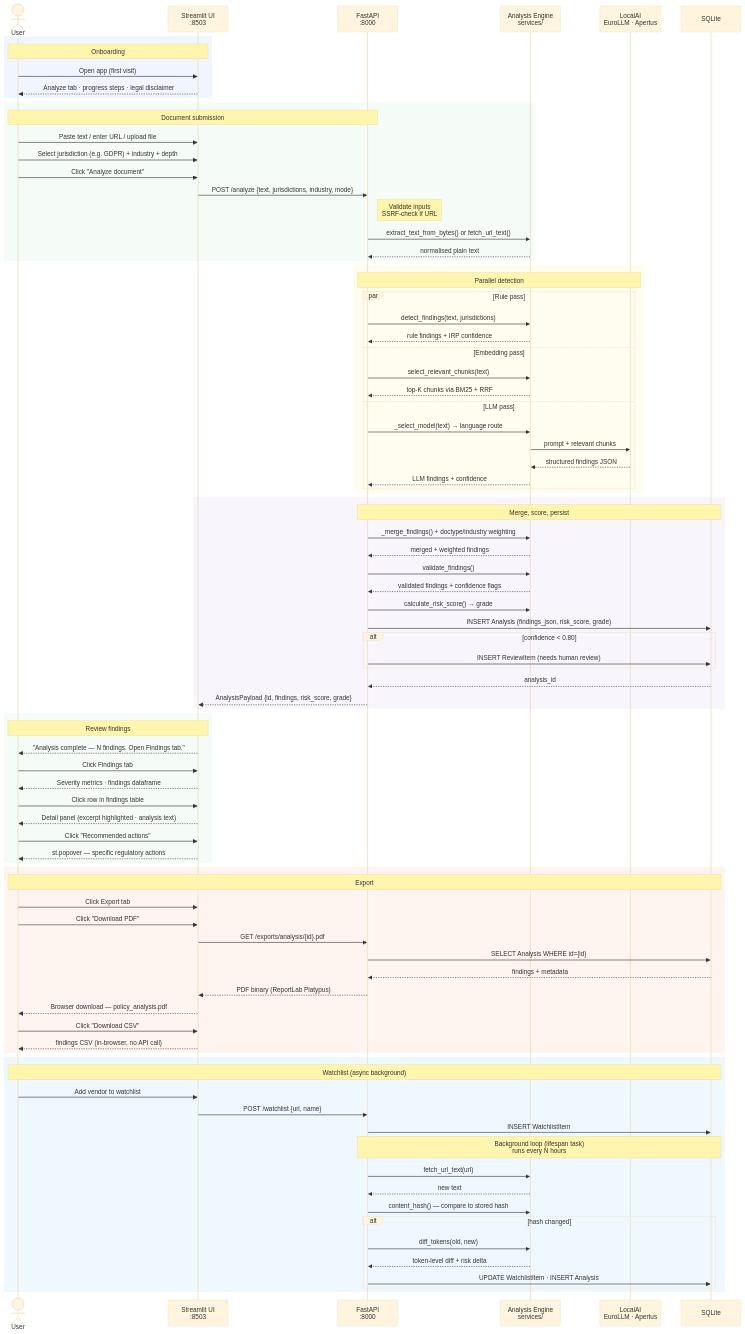
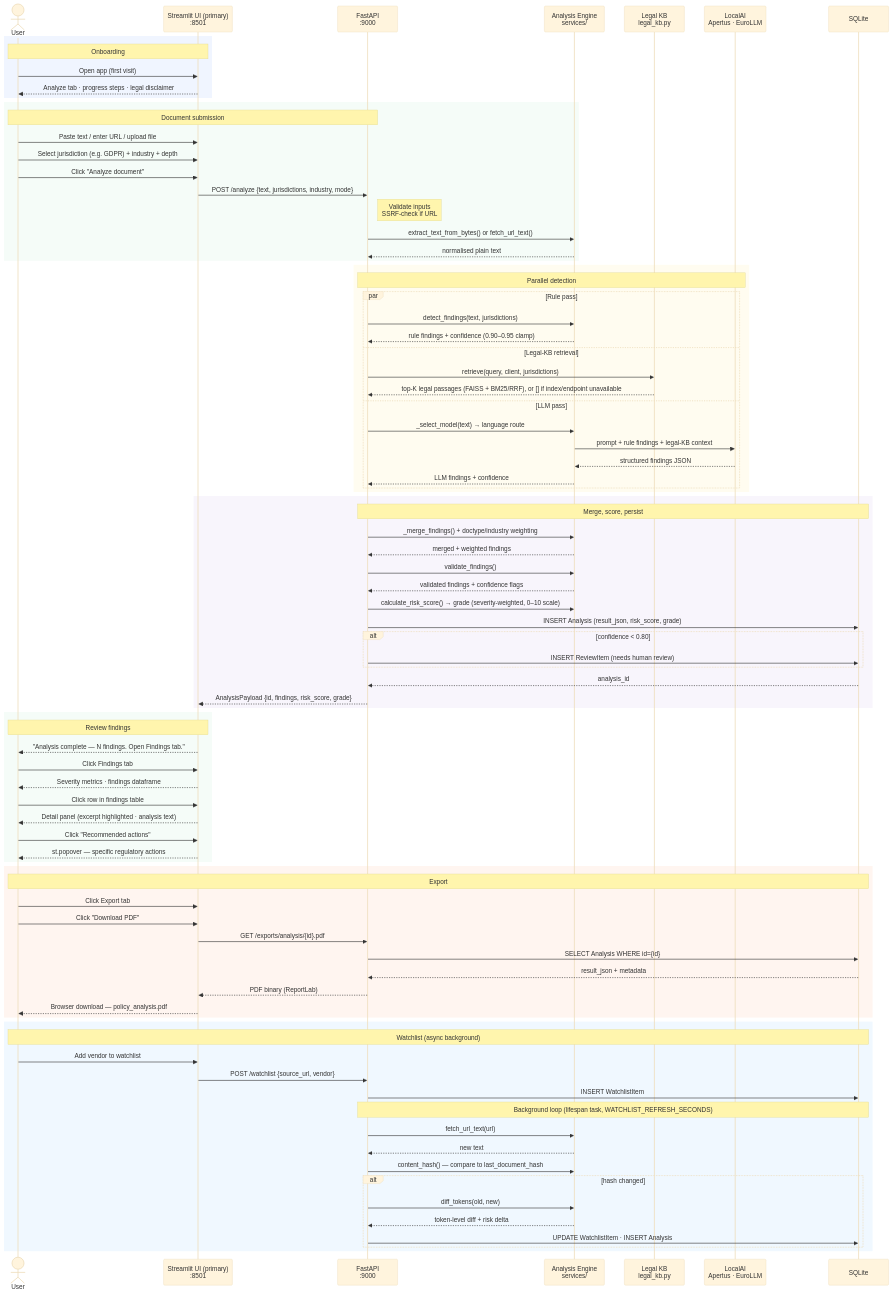
Before and after one commit to jennifer-mckinney/terms-analysis: the fourth of 4 diagrams in docs/architecture-diagrams.md, drawn with Mermaid (base theme). The commit also changed other lines of this file and 4 other files, not shown here.

First line of the commit message:
docs: reconcile BRD/PRD/ENHANCEMENT_6/RAG-plan and diagrams with actual implementation

````diff
--- a/docs/architecture-diagrams.md
+++ b/docs/architecture-diagrams.md
@@ -244,10 +264,11 @@
 ```mermaid
 sequenceDiagram
     actor User
-    participant UI   as Streamlit UI<br/>:8503
-    participant API  as FastAPI<br/>:8000
+    participant UI   as Streamlit UI (primary)<br/>:8501
+    participant API  as FastAPI<br/>:9000
     participant SVC  as Analysis Engine<br/>services/
-    participant AI   as LocalAI<br/>EuroLLM · Apertus
+    participant LKB  as Legal KB<br/>legal_kb.py
+    participant AI   as LocalAI<br/>Apertus · EuroLLM
     participant DB   as SQLite
 
     rect rgb(240, 245, 255)
@@ -271,13 +292,13 @@
         note over API,AI: Parallel detection
         par Rule pass
             API ->> SVC : detect_findings(text, jurisdictions)
-            SVC -->> API: rule findings + IRP confidence
-        and Embedding pass
-            API ->> SVC  : select_relevant_chunks(text)
-            SVC -->> API : top-K chunks via BM25 + RRF
+            SVC -->> API: rule findings + confidence (0.90–0.95 clamp)
+        and Legal-KB retrieval
+            API ->> LKB : retrieve(query, client, jurisdictions)
+            LKB -->> API: top-K legal passages (FAISS + BM25/RRF), or [] if index/endpoint unavailable
         and LLM pass
             API ->> SVC  : _select_model(text) → language route
-            SVC ->> AI   : prompt + relevant chunks
+            SVC ->> AI   : prompt + rule findings + legal-KB context
             AI  -->> SVC : structured findings JSON
             SVC -->> API : LLM findings + confidence
         end
@@ -289,8 +310,8 @@
         SVC  -->> API : merged + weighted findings
         API  ->> SVC  : validate_findings()
         SVC  -->> API : validated findings + confidence flags
-        API  ->> SVC  : calculate_risk_score() → grade
-        API  ->> DB   : INSERT Analysis (findings_json, risk_score, grade)
+        API  ->> SVC  : calculate_risk_score() → grade (severity-weighted, 0–10 scale)
+        API  ->> DB   : INSERT Analysis (result_json, risk_score, grade)
         alt confidence < 0.80
             API ->> DB : INSERT ReviewItem (needs human review)
         end
@@ -315,23 +336,20 @@
         User  ->> UI   : Click "Download PDF"
         UI    ->> API  : GET /exports/analysis/{id}.pdf
         API   ->> DB   : SELECT Analysis WHERE id={id}
-        DB    -->> API : findings + metadata
-        API   -->> UI  : PDF binary (ReportLab Platypus)
+        DB    -->> API : result_json + metadata
+        API   -->> UI  : PDF binary (ReportLab)
         UI    -->> User: Browser download — policy_analysis.pdf
-
-        User  ->> UI   : Click "Download CSV"
-        UI    -->> User: findings CSV (in-browser, no API call)
     end
 
     rect rgb(240, 248, 255)
         note over User,DB: Watchlist (async background)
         User  ->> UI   : Add vendor to watchlist
-        UI    ->> API  : POST /watchlist {url, name}
+        UI    ->> API  : POST /watchlist {source_url, vendor}
         API   ->> DB   : INSERT WatchlistItem
-        note over API,DB: Background loop (lifespan task)<br/>runs every N hours
+        note over API,DB: Background loop (lifespan task, WATCHLIST_REFRESH_SECONDS)
         API   ->> SVC  : fetch_url_text(url)
         SVC   -->> API : new text
-        API   ->> SVC  : content_hash() — compare to stored hash
+        API   ->> SVC  : content_hash() — compare to last_document_hash
         alt hash changed
             API ->> SVC : diff_tokens(old, new)
             SVC -->> API: token-level diff + risk delta
````
